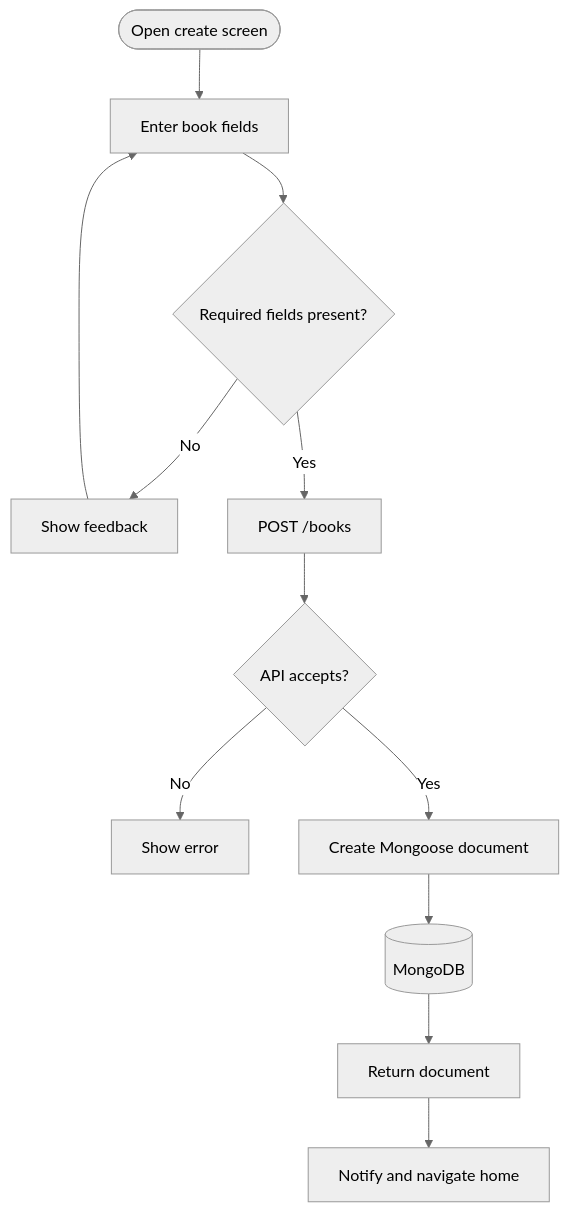
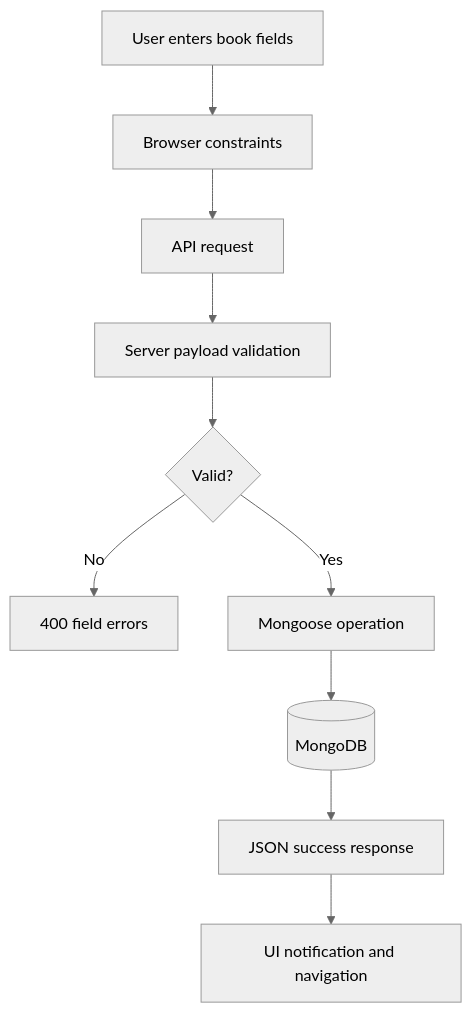
The third of 4 diagrams in README.md (Brajesh31/Anime-Book-Store), drawn with Mermaid (neutral theme) before and after one commit. The commit also changed other lines of this file and 2 other files, not shown here.

````diff
--- a/README.md
+++ b/README.md
@@ -131,14 +175,12 @@
 ```mermaid
 flowchart TD
- A([Open create screen]) --> B[Enter book fields]
- B --> C{Required fields present?}
- C -->|No| D[Show feedback]
- D --> B
- C -->|Yes| E[POST /books]
- E --> F{API accepts?}
- F -->|No| G[Show error]
- F -->|Yes| H[Create Mongoose document]
- H --> I[(MongoDB)]
- I --> J[Return document]
- J --> K[Notify and navigate home]
+ A[User enters book fields] --> B[Browser constraints]
+ B --> C[API request]
+ C --> D[Server payload validation]
+ D --> E{Valid?}
+ E -->|No| F[400 field errors]
+ E -->|Yes| G[Mongoose operation]
+ G --> H[(MongoDB)]
+ H --> I[JSON success response]
+ I --> J[UI notification and navigation]
 ```
````
